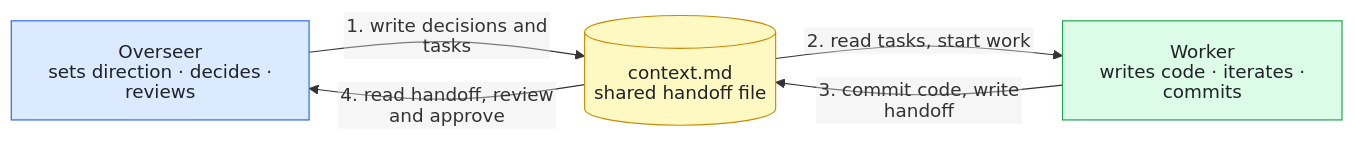
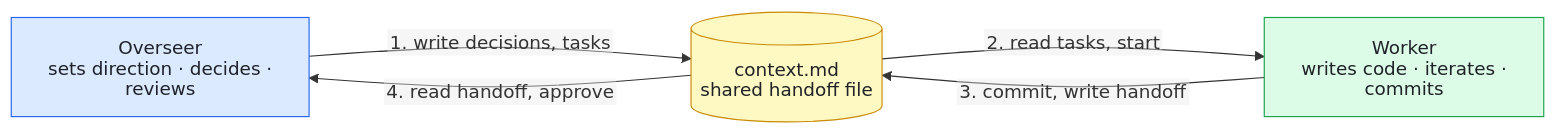
The first of 2 diagrams in README.md (Haven16262/dual-model-workflow), drawn with Mermaid before and after one commit. The commit also changed 1 other file, not shown here.

Commit message:
export: sync from private @ 412db5e

````diff
--- a/README.md
+++ b/README.md
@@ -31,22 +31,22 @@
 ```mermaid
-%%{init: {"htmlLabels": false, "flowchart": {"htmlLabels": false, "padding": 16}}}%%
+%%{init: {"htmlLabels": false, "flowchart": {"htmlLabels": false, "padding": 16, "nodeSpacing": 60, "rankSpacing": 130}}}%%
 flowchart LR
     O["Overseer<br/>sets direction · decides · reviews"]
     CTX[("context.md<br/>shared handoff file")]
     W["Worker<br/>writes code · iterates · commits"]
 
-    O -->|"1. write decisions and tasks"| CTX
-    CTX -->|"2. read tasks, start work"| W
-    W -->|"3. commit code, write handoff"| CTX
-    CTX -->|"4. read handoff, review and approve"| O
+    O -->|"1. write decisions, tasks"| CTX
+    CTX -->|"2. read tasks, start"| W
+    W -->|"3. commit, write handoff"| CTX
+    CTX -->|"4. read handoff, approve"| O
 
     classDef overseer fill:#dbeafe,stroke:#2563eb,color:#1f2328
     classDef worker fill:#dcfce7,stroke:#16a34a,color:#1f2328
     classDef file fill:#fef9c3,stroke:#ca8a04,color:#1f2328
     classDef script fill:#f1f5f9,stroke:#64748b,color:#1f2328
     classDef third fill:#f3e8ff,stroke:#9333ea,color:#1f2328
     classDef user fill:#ffffff,stroke:#334155,color:#1f2328
     class O overseer
     class W worker
     class CTX file
 ```
````
